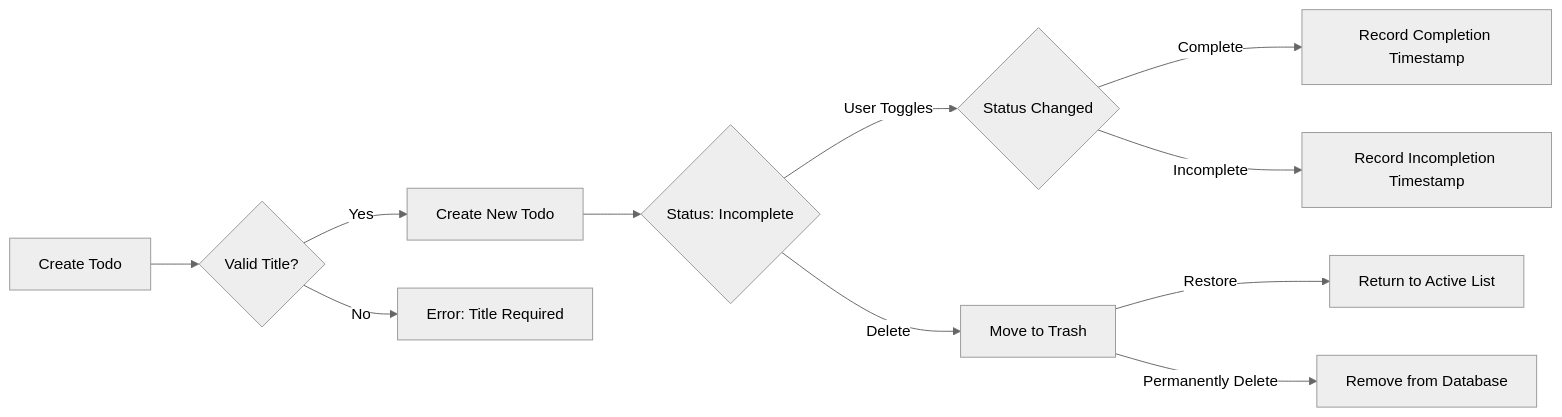
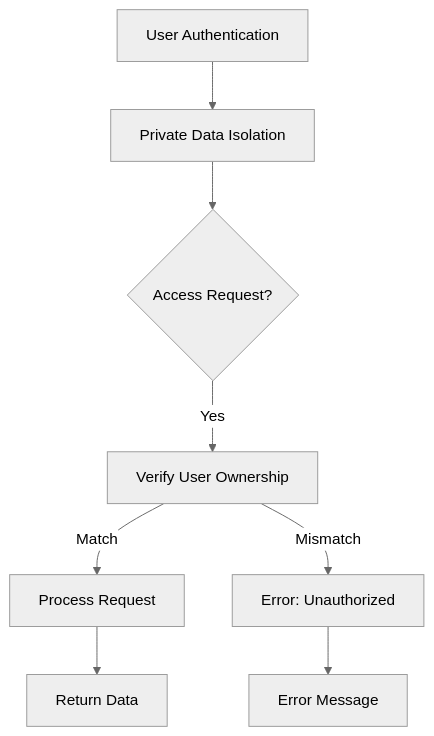
The diagram in qwen/qwen3-30b-a3b-thinking-2507/todo/docs/analysis/06-primary-user-scenarios.md (wrtnlabs/autobe-examples), drawn with Mermaid (neutral theme) before and after one commit. The commit also changed other lines of this file and 11104 other files, not shown here.

````diff
--- a/qwen/qwen3-30b-a3b-thinking-2507/todo/docs/analysis/06-primary-user-scenarios.md
+++ b/qwen/qwen3-30b-a3b-thinking-2507/todo/docs/analysis/06-primary-user-scenarios.md
@@ -117,13 +136,10 @@
 ```mermaid
-graph LR
-    A[Create Todo] --> B{Valid Title?}
-    B -->|Yes| C[Create New Todo]
-    B -->|No| D[Error: Title Required]
-    C --> E{Status: Incomplete}
-    E -->|User Toggles| F{Status Changed}
-    F -->|Complete| G[Record Completion Timestamp]
-    F -->|Incomplete| H[Record Incompletion Timestamp]
-    E -->|Delete| I[Move to Trash]
-    I -->|Restore| J[Return to Active List]
-    I -->|Permanently Delete| K[Remove from Database]
+graph TD
+    A[User Authentication] --> B[Private Data Isolation]
+    B --> C{Access Request?}
+    C -->|Yes| D[Verify User Ownership]
+    D -->|Match| E[Process Request]
+    D -->|Mismatch| F[Error: Unauthorized]
+    F --> G[Error Message]
+    E --> H[Return Data]
 ```
````
